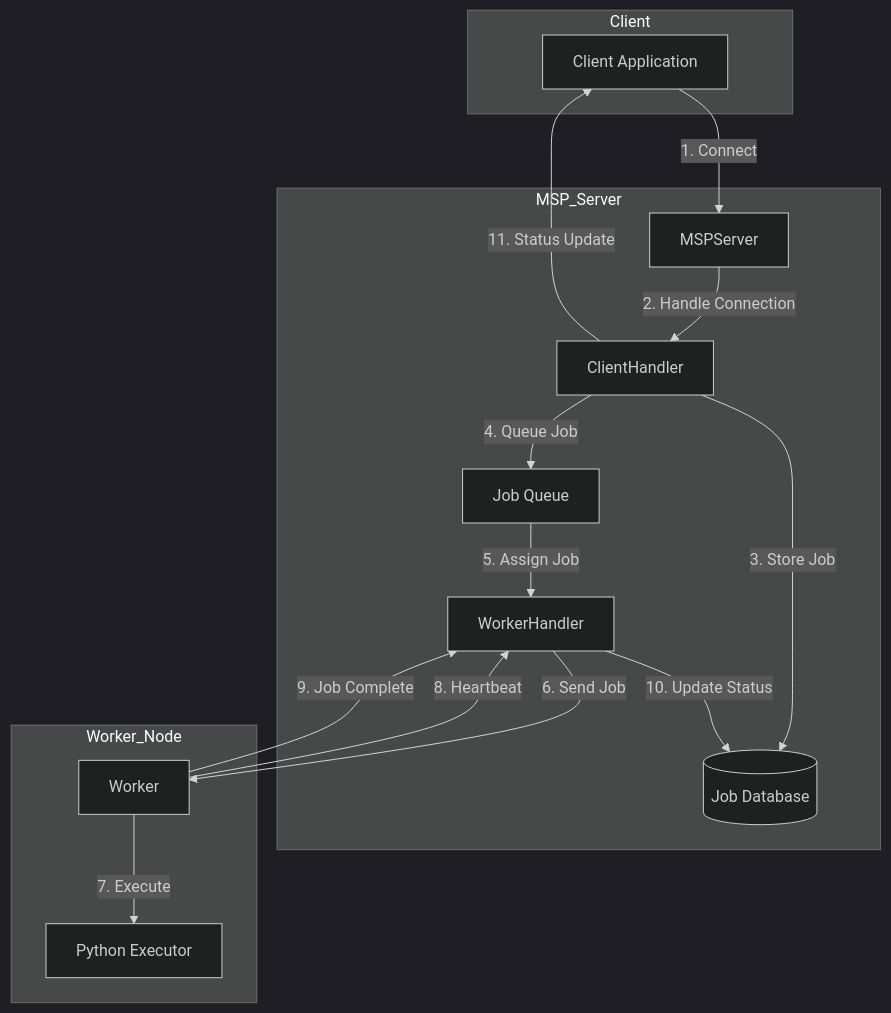
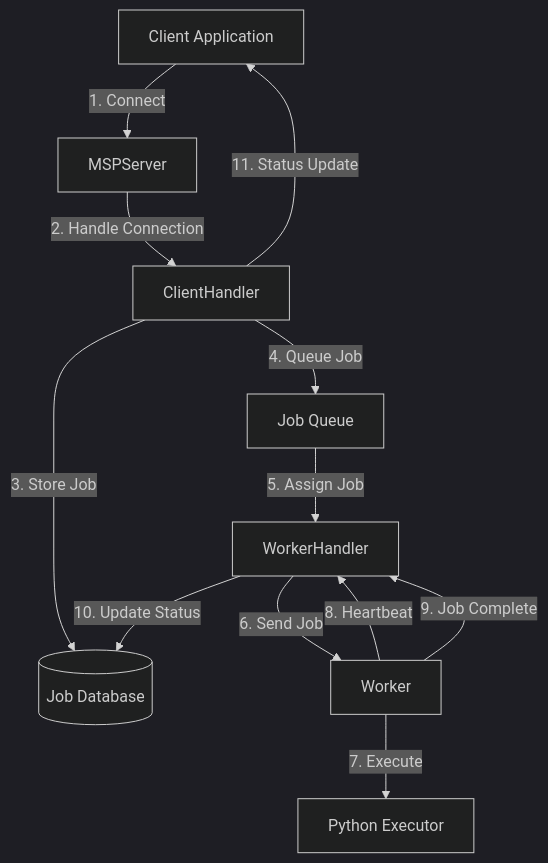
One commit to VaishnaviBasukar20/KIT318 changed the first of 5 diagrams in flow_diagram.md. Above: the diagram before and after it, drawn with Mermaid (dark theme).

````diff
--- a/flow_diagram.md
+++ b/flow_diagram.md
@@ -5,31 +5,23 @@
 ```mermaid
 flowchart TB
-    subgraph Client
-        C[Client Application]
-    end
-
-    subgraph MSP_Server
-        MS[MSPServer]
-        CH[ClientHandler]
-        WH[WorkerHandler]
-        Q[Job Queue]
-        DB[(Job Database)]
-    end
-
-    subgraph Worker_Node
-        W[Worker]
-        P[Python Executor]
-    end
+    C[Client Application]
+    MS[MSPServer]
+    CH[ClientHandler]
+    WH[WorkerHandler]
+    Q[Job Queue]
+    DB[(Job Database)]
+    W[Worker]
+    P[Python Executor]
 
     C -->|1. Connect| MS
     MS -->|2. Handle Connection| CH
     CH -->|3. Store Job| DB
     CH -->|4. Queue Job| Q
     Q -->|5. Assign Job| WH
     WH -->|6. Send Job| W
     W -->|7. Execute| P
     W -->|8. Heartbeat| WH
     W -->|9. Job Complete| WH
     WH -->|10. Update Status| DB
     CH -->|11. Status Update| C
 ```
````
